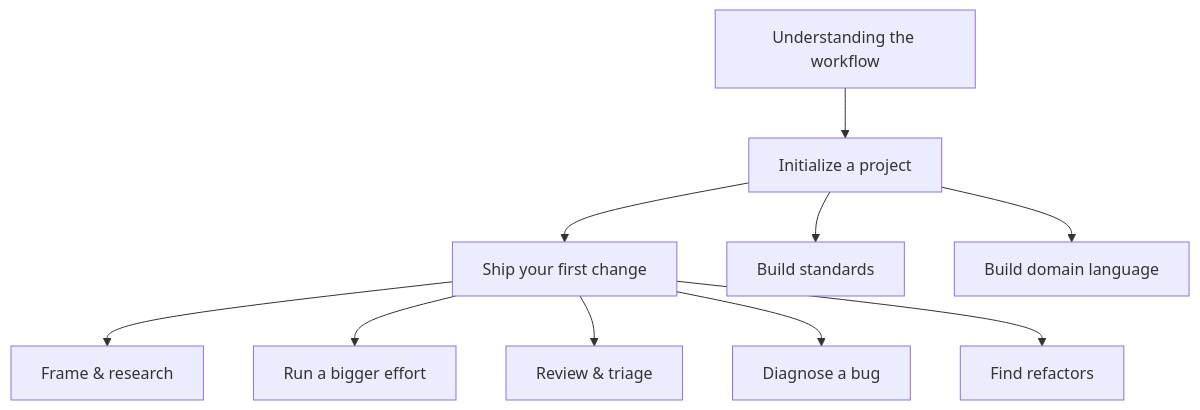
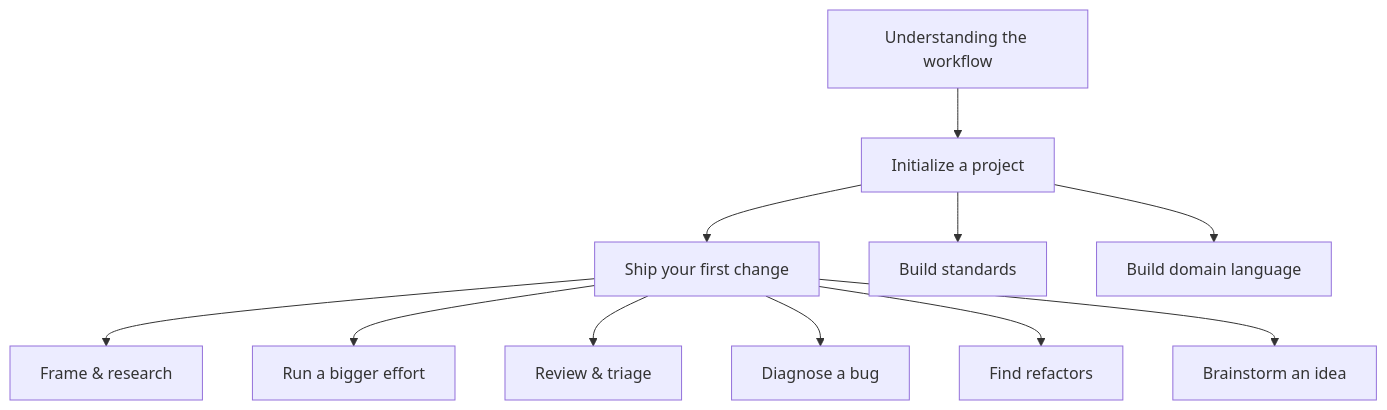
Before and after one commit to dikamilo/dx-workflow: the diagram in docs/README.md, drawn with Mermaid. The commit also changed other lines of this file and 59 other files, not shown here.

````diff
--- a/docs/README.md
+++ b/docs/README.md
@@ -16,12 +16,13 @@
 ```mermaid
 flowchart TD
     A[Understanding the workflow] --> B[Initialize a project]
     B --> C[Ship your first change]
     C --> D[Frame & research]
     C --> E[Run a bigger effort]
     C --> F[Review & triage]
     B --> G[Build standards]
     B --> H[Build domain language]
     C --> I[Diagnose a bug]
     C --> J[Find refactors]
+    C --> K[Brainstorm an idea]
 ```
````
